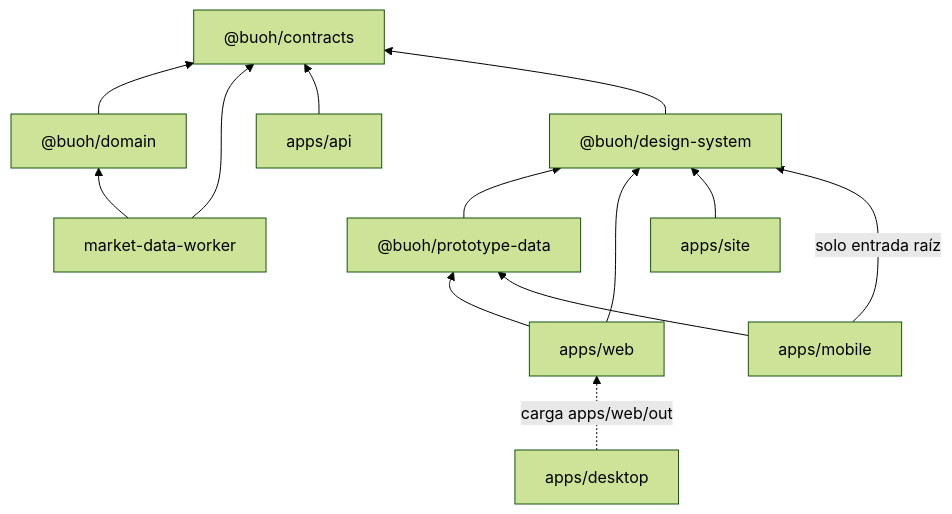
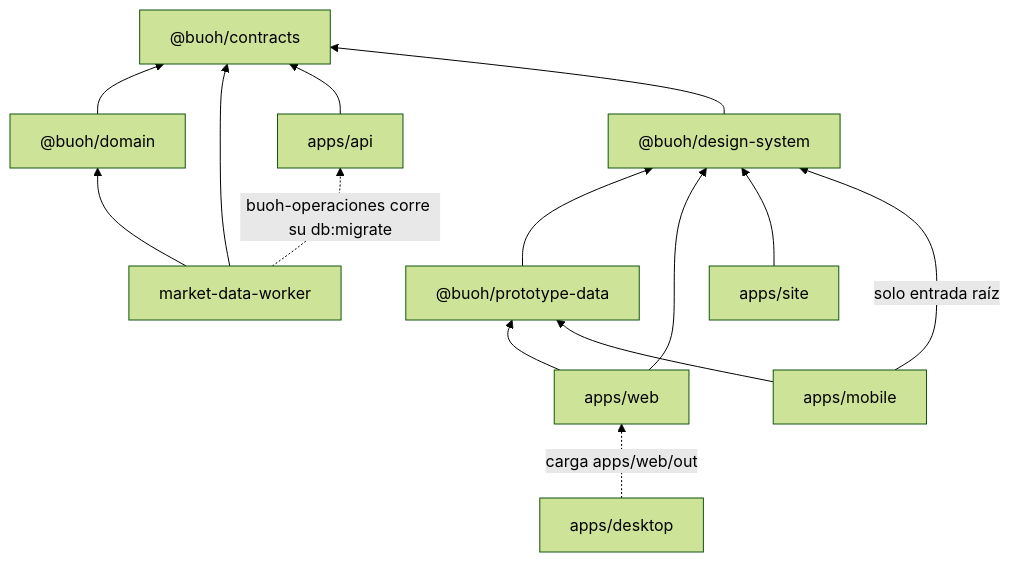
One commit to pedroxynox/buoh changed the diagram in docs/arquitectura/estado-del-codigo.md. Above: the diagram before and after it, drawn with Mermaid (forest theme). The commit also changed other lines of this file and 39 other files, not shown here.

````diff
--- a/docs/arquitectura/estado-del-codigo.md
+++ b/docs/arquitectura/estado-del-codigo.md
@@ -21,16 +21,17 @@
 ```mermaid
 graph BT
   contracts["@buoh/contracts"]
   domain["@buoh/domain"] --> contracts
   worker["market-data-worker"] --> domain
   worker --> contracts
   api["apps/api"] --> contracts
+  worker -. "buoh-operaciones corre su db:migrate" .-> api
   ds["@buoh/design-system"] --> contracts
   pd["@buoh/prototype-data"] --> ds
   web["apps/web"] --> ds
   web --> pd
   site["apps/site"] --> ds
   mobile["apps/mobile"] -->|"solo entrada raíz"| ds
   mobile --> pd
   desktop["apps/desktop"] -. "carga apps/web/out" .-> web
 ```
````
